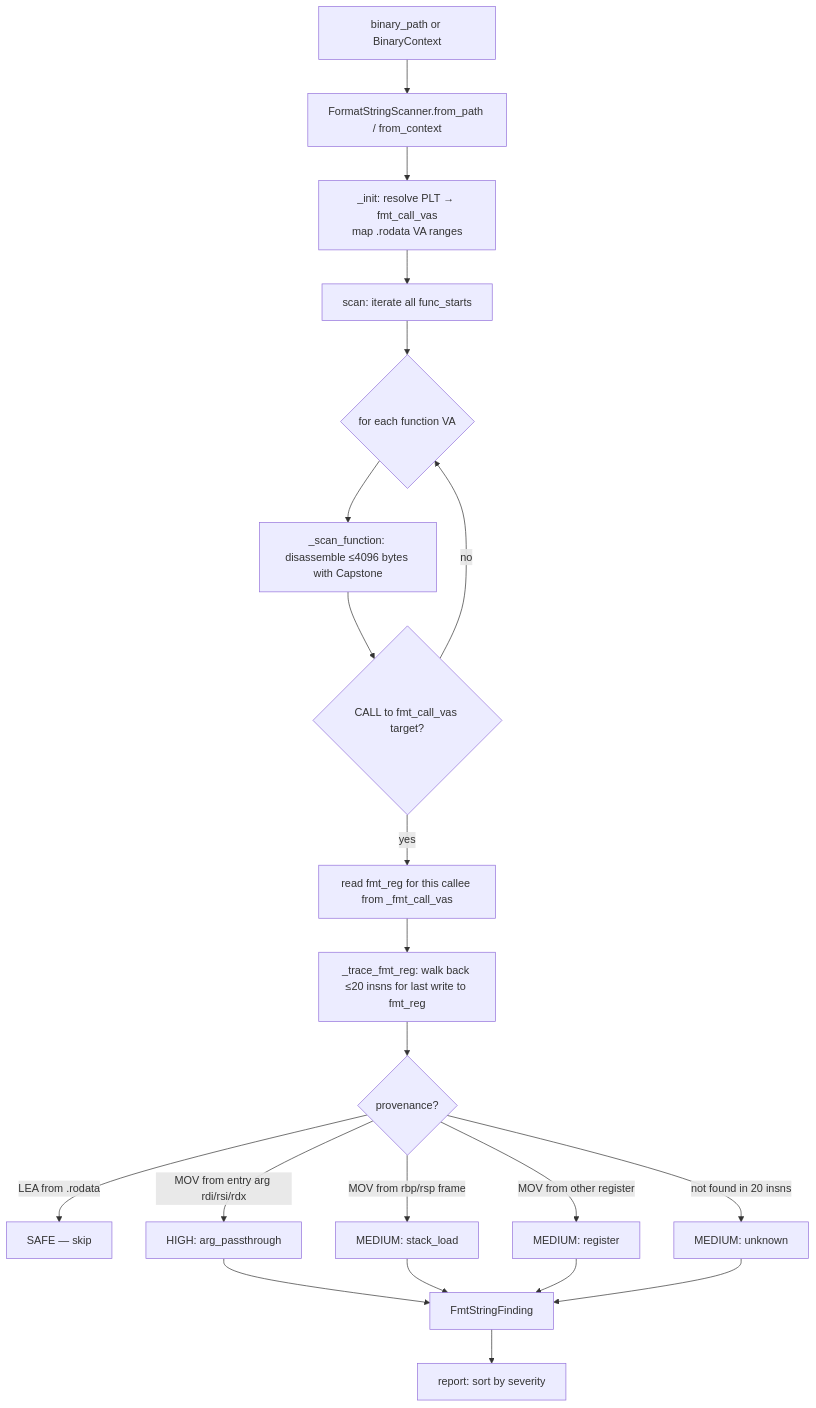
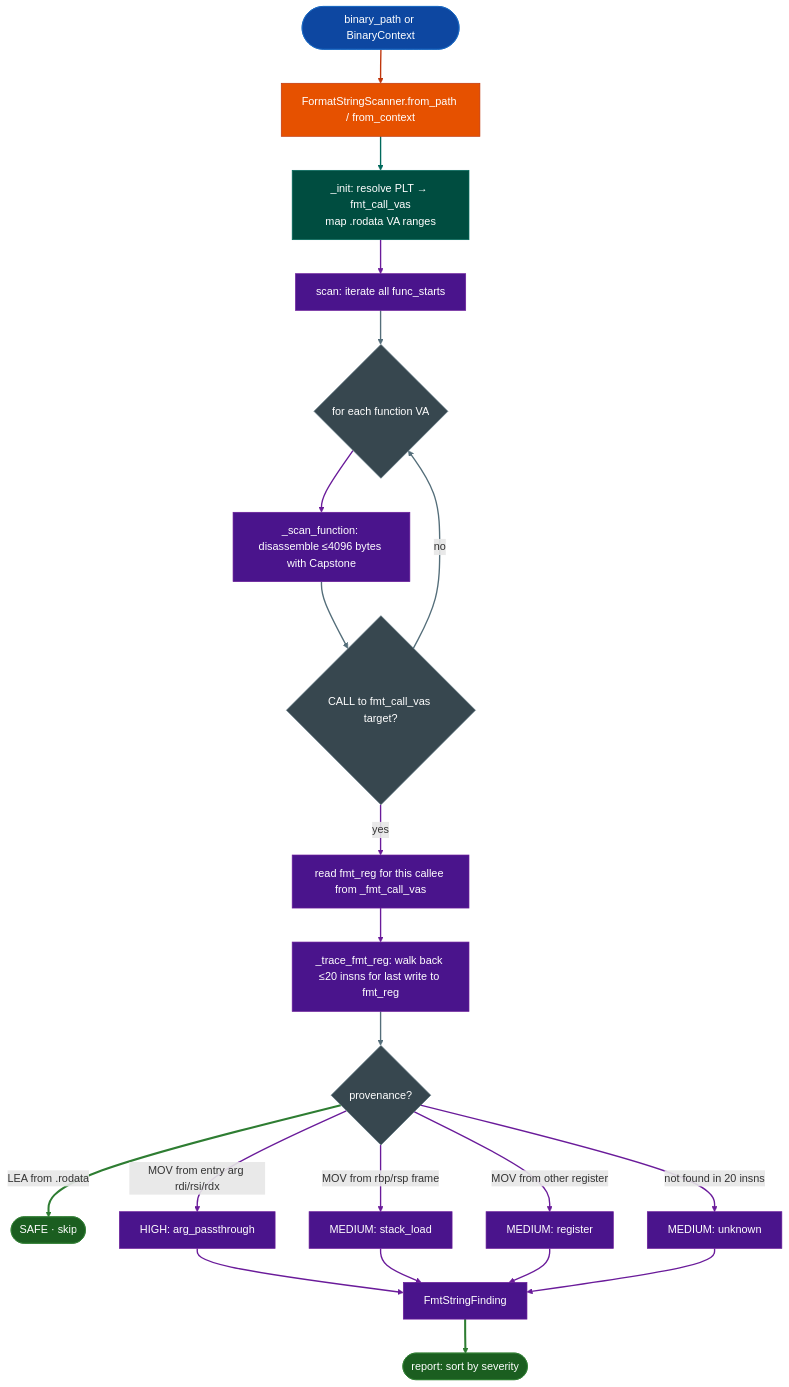
The diagram in docs/reference-modules/format-string-scanner.md (Ablation-Tool/ablation), drawn with Mermaid before and after one commit. The commit also changed 320 other files, not shown here.

First line of the commit message:
docs: apply canonical Mermaid template to all 321 diagrams

````diff
--- a/docs/reference-modules/format-string-scanner.md
+++ b/docs/reference-modules/format-string-scanner.md
@@ -37,23 +37,49 @@
 ```mermaid
 flowchart TD
-    A[binary_path or BinaryContext] --> B[FormatStringScanner.from_path / from_context]
-    B --> C["_init: resolve PLT → fmt_call_vas\nmap .rodata VA ranges"]
-    C --> D[scan: iterate all func_starts]
-    D --> E{for each function VA}
-    E --> F[_scan_function: disassemble ≤4096 bytes with Capstone]
-    F --> G{CALL to fmt_call_vas target?}
-    G -->|no| E
-    G -->|yes| H[read fmt_reg for this callee from _fmt_call_vas]
-    H --> I[_trace_fmt_reg: walk back ≤20 insns for last write to fmt_reg]
-    I --> J{provenance?}
-    J -->|LEA from .rodata| K[SAFE — skip]
-    J -->|MOV from entry arg rdi/rsi/rdx| L[HIGH: arg_passthrough]
-    J -->|MOV from rbp/rsp frame| M[MEDIUM: stack_load]
-    J -->|MOV from other register| N[MEDIUM: register]
-    J -->|not found in 20 insns| O[MEDIUM: unknown]
-    L --> P[FmtStringFinding]
-    M --> P
-    N --> P
-    O --> P
-    P --> Q[report: sort by severity]
+    A(["binary_path or BinaryContext"]):::input --> B["FormatStringScanner.from_path / from_context"]:::primary
+    B:::primary --> C["_init: resolve PLT → fmt_call_vas\nmap .rodata VA ranges"]:::secondary
+    C:::secondary --> D["scan: iterate all func_starts"]:::tertiary
+    D:::tertiary --> E{"for each function VA"}:::neutral
+    E:::neutral --> F["_scan_function: disassemble ≤4096 bytes with Capstone"]:::tertiary
+    F:::tertiary --> G{"CALL to fmt_call_vas target?"}:::neutral
+    G:::neutral -->|no| E:::neutral
+    G:::neutral -->|yes| H["read fmt_reg for this callee from _fmt_call_vas"]:::tertiary
+    H:::tertiary --> I["_trace_fmt_reg: walk back ≤20 insns for last write to fmt_reg"]:::tertiary
+    I:::tertiary --> J{"provenance?"}:::neutral
+    J:::neutral -->|LEA from .rodata| K(["SAFE · skip"]):::output
+    J:::neutral -->|MOV from entry arg rdi/rsi/rdx| L["HIGH: arg_passthrough"]:::tertiary
+    J:::neutral -->|MOV from rbp/rsp frame| M["MEDIUM: stack_load"]:::tertiary
+    J:::neutral -->|MOV from other register| N["MEDIUM: register"]:::tertiary
+    J:::neutral -->|not found in 20 insns| O["MEDIUM: unknown"]:::tertiary
+    L:::tertiary --> P["FmtStringFinding"]:::tertiary
+    M:::tertiary --> P:::tertiary
+    N:::tertiary --> P:::tertiary
+    O:::tertiary --> P:::tertiary
+    P:::tertiary --> Q(["report: sort by severity"]):::output
+    classDef input     fill:#0d47a1,stroke:#1565c0,color:#fff
+    classDef primary   fill:#e65100,stroke:#bf360c,color:#fff
+    classDef secondary fill:#004d40,stroke:#00695c,color:#fff
+    classDef tertiary  fill:#4a148c,stroke:#6a1b9a,color:#fff
+    classDef neutral   fill:#37474f,stroke:#546e7a,color:#fff
+    classDef output    fill:#1b5e20,stroke:#2e7d32,color:#fff
+    linkStyle 0 stroke:#bf360c,stroke-width:2px
+    linkStyle 1 stroke:#00695c,stroke-width:2px
+    linkStyle 2 stroke:#6a1b9a,stroke-width:2px
+    linkStyle 3 stroke:#546e7a,stroke-width:2px
+    linkStyle 4 stroke:#6a1b9a,stroke-width:2px
+    linkStyle 5 stroke:#546e7a,stroke-width:2px
+    linkStyle 6 stroke:#546e7a,stroke-width:2px
+    linkStyle 7 stroke:#6a1b9a,stroke-width:2px
+    linkStyle 8 stroke:#6a1b9a,stroke-width:2px
+    linkStyle 9 stroke:#546e7a,stroke-width:2px
+    linkStyle 10 stroke:#2e7d32,stroke-width:3px
+    linkStyle 11 stroke:#6a1b9a,stroke-width:2px
+    linkStyle 12 stroke:#6a1b9a,stroke-width:2px
+    linkStyle 13 stroke:#6a1b9a,stroke-width:2px
+    linkStyle 14 stroke:#6a1b9a,stroke-width:2px
+    linkStyle 15 stroke:#6a1b9a,stroke-width:2px
+    linkStyle 16 stroke:#6a1b9a,stroke-width:2px
+    linkStyle 17 stroke:#6a1b9a,stroke-width:2px
+    linkStyle 18 stroke:#6a1b9a,stroke-width:2px
+    linkStyle 19 stroke:#2e7d32,stroke-width:3px
 ```
````
